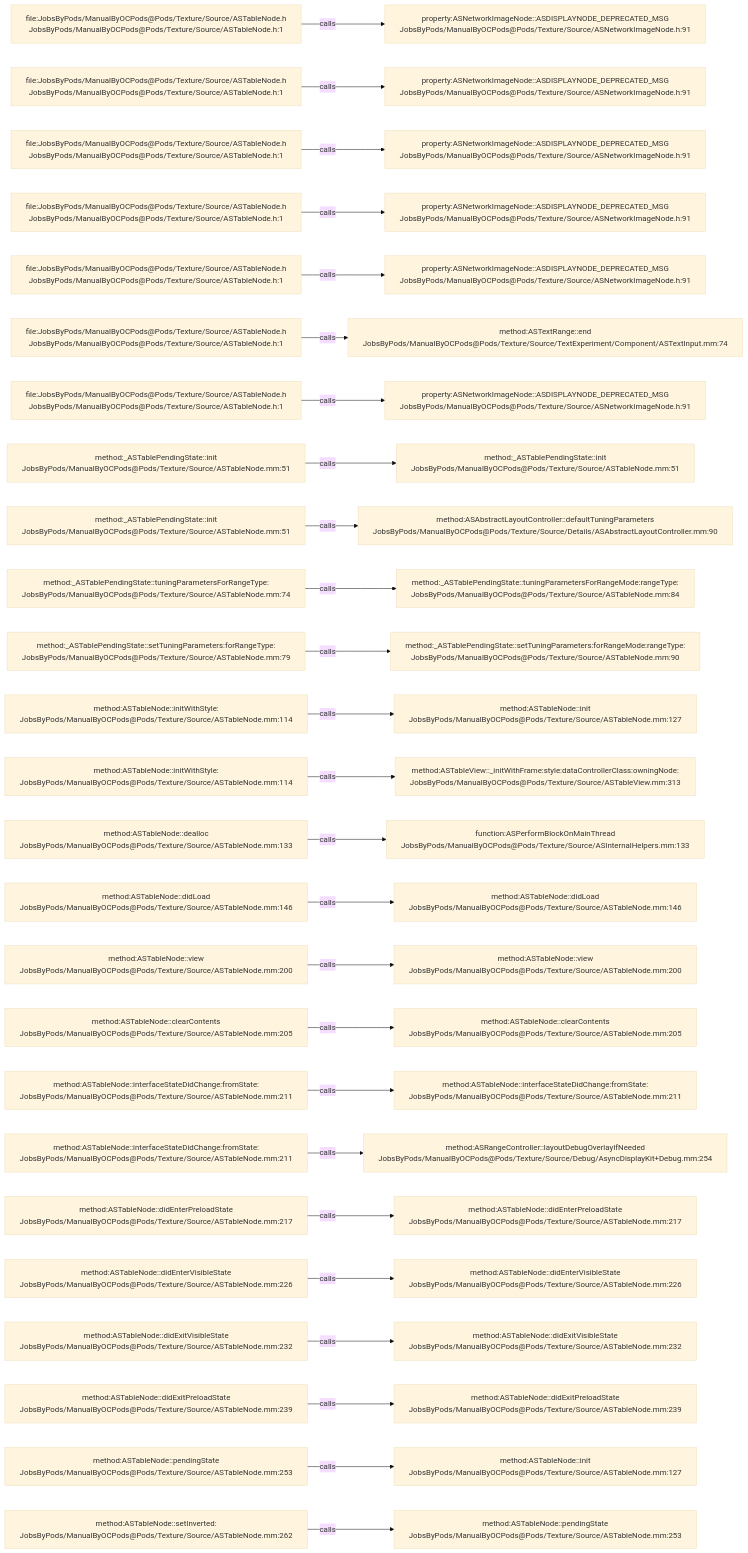
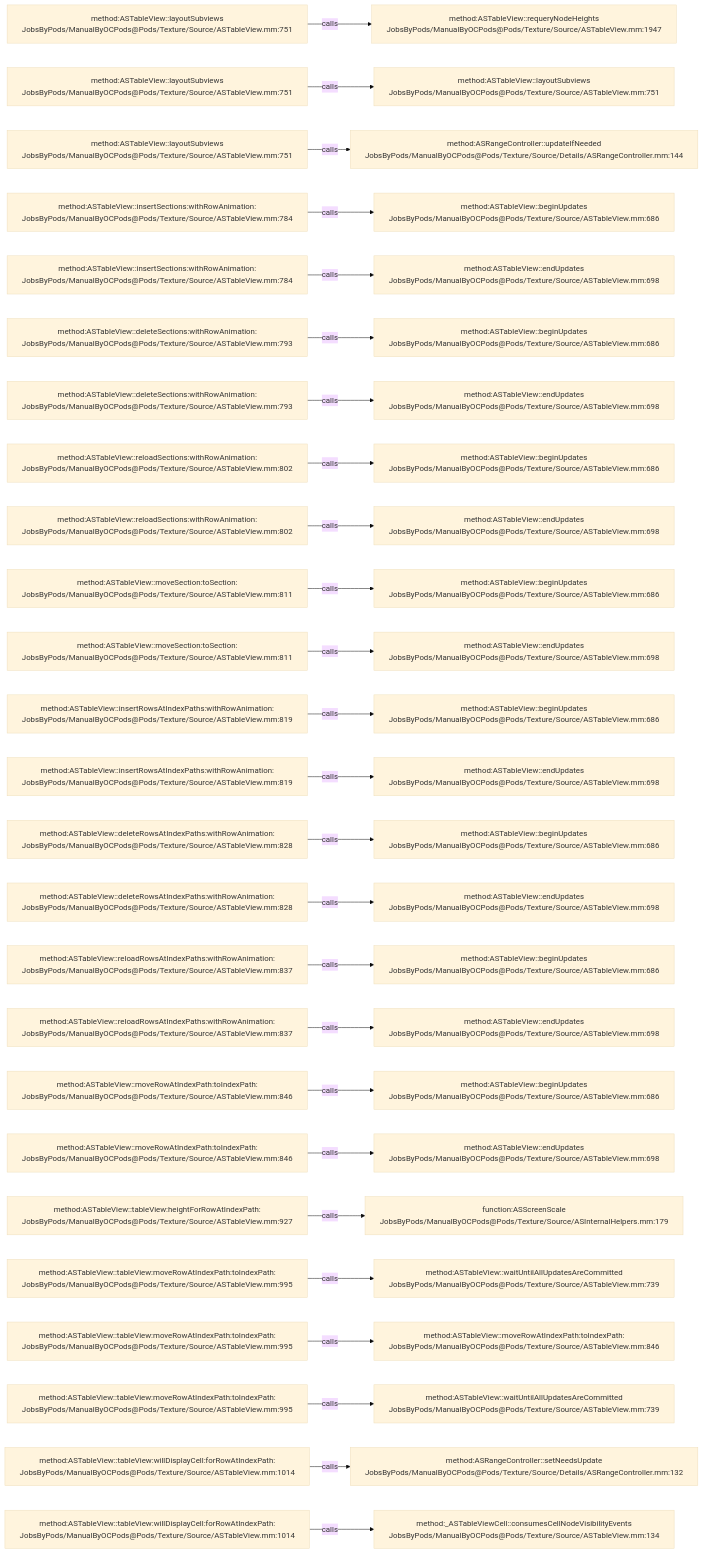
The diagram in .codegraph/codegraph.md/graphs/calls-130.md (JobsKits/JobsOCBaseConfigDemo), drawn with Mermaid (base theme) before and after one commit. The commit also changed 1223 other files, not shown here.

````diff
--- a/.codegraph/codegraph.md/graphs/calls-130.md
+++ b/.codegraph/codegraph.md/graphs/calls-130.md
@@ -13,78 +13,78 @@
 ```mermaid
 flowchart LR
-  S1["file:JobsByPods/ManualByOCPods@Pods/Texture/Source/ASTableNode.h<br/>JobsByPods/ManualByOCPods@Pods/Texture/Source/ASTableNode.h:1"]
-  T1["property:ASNetworkImageNode::ASDISPLAYNODE_DEPRECATED_MSG<br/>JobsByPods/ManualByOCPods@Pods/Texture/Source/ASNetworkImageNode.h:91"]
+  S1["method:ASTableView::layoutSubviews<br/>JobsByPods/ManualByOCPods@Pods/Texture/Source/ASTableView.mm:751"]
+  T1["method:ASTableView::requeryNodeHeights<br/>JobsByPods/ManualByOCPods@Pods/Texture/Source/ASTableView.mm:1947"]
   S1 -->|calls| T1
-  S2["file:JobsByPods/ManualByOCPods@Pods/Texture/Source/ASTableNode.h<br/>JobsByPods/ManualByOCPods@Pods/Texture/Source/ASTableNode.h:1"]
-  T2["property:ASNetworkImageNode::ASDISPLAYNODE_DEPRECATED_MSG<br/>JobsByPods/ManualByOCPods@Pods/Texture/Source/ASNetworkImageNode.h:91"]
+  S2["method:ASTableView::layoutSubviews<br/>JobsByPods/ManualByOCPods@Pods/Texture/Source/ASTableView.mm:751"]
+  T2["method:ASTableView::layoutSubviews<br/>JobsByPods/ManualByOCPods@Pods/Texture/Source/ASTableView.mm:751"]
   S2 -->|calls| T2
-  S3["file:JobsByPods/ManualByOCPods@Pods/Texture/Source/ASTableNode.h<br/>JobsByPods/ManualByOCPods@Pods/Texture/Source/ASTableNode.h:1"]
-  T3["property:ASNetworkImageNode::ASDISPLAYNODE_DEPRECATED_MSG<br/>JobsByPods/ManualByOCPods@Pods/Texture/Source/ASNetworkImageNode.h:91"]
+  S3["method:ASTableView::layoutSubviews<br/>JobsByPods/ManualByOCPods@Pods/Texture/Source/ASTableView.mm:751"]
+  T3["method:ASRangeController::updateIfNeeded<br/>JobsByPods/ManualByOCPods@Pods/Texture/Source/Details/ASRangeController.mm:144"]
   S3 -->|calls| T3
-  S4["file:JobsByPods/ManualByOCPods@Pods/Texture/Source/ASTableNode.h<br/>JobsByPods/ManualByOCPods@Pods/Texture/Source/ASTableNode.h:1"]
-  T4["property:ASNetworkImageNode::ASDISPLAYNODE_DEPRECATED_MSG<br/>JobsByPods/ManualByOCPods@Pods/Texture/Source/ASNetworkImageNode.h:91"]
+  S4["method:ASTableView::insertSections:withRowAnimation:<br/>JobsByPods/ManualByOCPods@Pods/Texture/Source/ASTableView.mm:784"]
+  T4["method:ASTableView::beginUpdates<br/>JobsByPods/ManualByOCPods@Pods/Texture/Source/ASTableView.mm:686"]
   S4 -->|calls| T4
-  S5["file:JobsByPods/ManualByOCPods@Pods/Texture/Source/ASTableNode.h<br/>JobsByPods/ManualByOCPods@Pods/Texture/Source/ASTableNode.h:1"]
-  T5["property:ASNetworkImageNode::ASDISPLAYNODE_DEPRECATED_MSG<br/>JobsByPods/ManualByOCPods@Pods/Texture/Source/ASNetworkImageNode.h:91"]
+  S5["method:ASTableView::insertSections:withRowAnimation:<br/>JobsByPods/ManualByOCPods@Pods/Texture/Source/ASTableView.mm:784"]
+  T5["method:ASTableView::endUpdates<br/>JobsByPods/ManualByOCPods@Pods/Texture/Source/ASTableView.mm:698"]
   S5 -->|calls| T5
-  S6["file:JobsByPods/ManualByOCPods@Pods/Texture/Source/ASTableNode.h<br/>JobsByPods/ManualByOCPods@Pods/Texture/Source/ASTableNode.h:1"]
-  T6["method:ASTextRange::end<br/>JobsByPods/ManualByOCPods@Pods/Texture/Source/TextExperiment/Component/ASTextInput.mm:74"]
+  S6["method:ASTableView::deleteSections:withRowAnimation:<br/>JobsByPods/ManualByOCPods@Pods/Texture/Source/ASTableView.mm:793"]
+  T6["method:ASTableView::beginUpdates<br/>JobsByPods/ManualByOCPods@Pods/Texture/Source/ASTableView.mm:686"]
   S6 -->|calls| T6
-  S7["file:JobsByPods/ManualByOCPods@Pods/Texture/Source/ASTableNode.h<br/>JobsByPods/ManualByOCPods@Pods/Texture/Source/ASTableNode.h:1"]
-  T7["property:ASNetworkImageNode::ASDISPLAYNODE_DEPRECATED_MSG<br/>JobsByPods/ManualByOCPods@Pods/Texture/Source/ASNetworkImageNode.h:91"]
+  S7["method:ASTableView::deleteSections:withRowAnimation:<br/>JobsByPods/ManualByOCPods@Pods/Texture/Source/ASTableView.mm:793"]
+  T7["method:ASTableView::endUpdates<br/>JobsByPods/ManualByOCPods@Pods/Texture/Source/ASTableView.mm:698"]
   S7 -->|calls| T7
-  S8["method:_ASTablePendingState::init<br/>JobsByPods/ManualByOCPods@Pods/Texture/Source/ASTableNode.mm:51"]
-  T8["method:_ASTablePendingState::init<br/>JobsByPods/ManualByOCPods@Pods/Texture/Source/ASTableNode.mm:51"]
+  S8["method:ASTableView::reloadSections:withRowAnimation:<br/>JobsByPods/ManualByOCPods@Pods/Texture/Source/ASTableView.mm:802"]
+  T8["method:ASTableView::beginUpdates<br/>JobsByPods/ManualByOCPods@Pods/Texture/Source/ASTableView.mm:686"]
   S8 -->|calls| T8
-  S9["method:_ASTablePendingState::init<br/>JobsByPods/ManualByOCPods@Pods/Texture/Source/ASTableNode.mm:51"]
-  T9["method:ASAbstractLayoutController::defaultTuningParameters<br/>JobsByPods/ManualByOCPods@Pods/Texture/Source/Details/ASAbstractLayoutController.mm:90"]
+  S9["method:ASTableView::reloadSections:withRowAnimation:<br/>JobsByPods/ManualByOCPods@Pods/Texture/Source/ASTableView.mm:802"]
+  T9["method:ASTableView::endUpdates<br/>JobsByPods/ManualByOCPods@Pods/Texture/Source/ASTableView.mm:698"]
   S9 -->|calls| T9
-  S10["method:_ASTablePendingState::tuningParametersForRangeType:<br/>JobsByPods/ManualByOCPods@Pods/Texture/Source/ASTableNode.mm:74"]
-  T10["method:_ASTablePendingState::tuningParametersForRangeMode:rangeType:<br/>JobsByPods/ManualByOCPods@Pods/Texture/Source/ASTableNode.mm:84"]
+  S10["method:ASTableView::moveSection:toSection:<br/>JobsByPods/ManualByOCPods@Pods/Texture/Source/ASTableView.mm:811"]
+  T10["method:ASTableView::beginUpdates<br/>JobsByPods/ManualByOCPods@Pods/Texture/Source/ASTableView.mm:686"]
   S10 -->|calls| T10
-  S11["method:_ASTablePendingState::setTuningParameters:forRangeType:<br/>JobsByPods/ManualByOCPods@Pods/Texture/Source/ASTableNode.mm:79"]
-  T11["method:_ASTablePendingState::setTuningParameters:forRangeMode:rangeType:<br/>JobsByPods/ManualByOCPods@Pods/Texture/Source/ASTableNode.mm:90"]
+  S11["method:ASTableView::moveSection:toSection:<br/>JobsByPods/ManualByOCPods@Pods/Texture/Source/ASTableView.mm:811"]
+  T11["method:ASTableView::endUpdates<br/>JobsByPods/ManualByOCPods@Pods/Texture/Source/ASTableView.mm:698"]
   S11 -->|calls| T11
-  S12["method:ASTableNode::initWithStyle:<br/>JobsByPods/ManualByOCPods@Pods/Texture/Source/ASTableNode.mm:114"]
-  T12["method:ASTableNode::init<br/>JobsByPods/ManualByOCPods@Pods/Texture/Source/ASTableNode.mm:127"]
+  S12["method:ASTableView::insertRowsAtIndexPaths:withRowAnimation:<br/>JobsByPods/ManualByOCPods@Pods/Texture/Source/ASTableView.mm:819"]
+  T12["method:ASTableView::beginUpdates<br/>JobsByPods/ManualByOCPods@Pods/Texture/Source/ASTableView.mm:686"]
   S12 -->|calls| T12
-  S13["method:ASTableNode::initWithStyle:<br/>JobsByPods/ManualByOCPods@Pods/Texture/Source/ASTableNode.mm:114"]
-  T13["method:ASTableView::_initWithFrame:style:dataControllerClass:owningNode:<br/>JobsByPods/ManualByOCPods@Pods/Texture/Source/ASTableView.mm:313"]
+  S13["method:ASTableView::insertRowsAtIndexPaths:withRowAnimation:<br/>JobsByPods/ManualByOCPods@Pods/Texture/Source/ASTableView.mm:819"]
+  T13["method:ASTableView::endUpdates<br/>JobsByPods/ManualByOCPods@Pods/Texture/Source/ASTableView.mm:698"]
   S13 -->|calls| T13
-  S14["method:ASTableNode::dealloc<br/>JobsByPods/ManualByOCPods@Pods/Texture/Source/ASTableNode.mm:133"]
-  T14["function:ASPerformBlockOnMainThread<br/>JobsByPods/ManualByOCPods@Pods/Texture/Source/ASInternalHelpers.mm:133"]
+  S14["method:ASTableView::deleteRowsAtIndexPaths:withRowAnimation:<br/>JobsByPods/ManualByOCPods@Pods/Texture/Source/ASTableView.mm:828"]
+  T14["method:ASTableView::beginUpdates<br/>JobsByPods/ManualByOCPods@Pods/Texture/Source/ASTableView.mm:686"]
   S14 -->|calls| T14
-  S15["method:ASTableNode::didLoad<br/>JobsByPods/ManualByOCPods@Pods/Texture/Source/ASTableNode.mm:146"]
-  T15["method:ASTableNode::didLoad<br/>JobsByPods/ManualByOCPods@Pods/Texture/Source/ASTableNode.mm:146"]
+  S15["method:ASTableView::deleteRowsAtIndexPaths:withRowAnimation:<br/>JobsByPods/ManualByOCPods@Pods/Texture/Source/ASTableView.mm:828"]
+  T15["method:ASTableView::endUpdates<br/>JobsByPods/ManualByOCPods@Pods/Texture/Source/ASTableView.mm:698"]
   S15 -->|calls| T15
-  S16["method:ASTableNode::view<br/>JobsByPods/ManualByOCPods@Pods/Texture/Source/ASTableNode.mm:200"]
-  T16["method:ASTableNode::view<br/>JobsByPods/ManualByOCPods@Pods/Texture/Source/ASTableNode.mm:200"]
+  S16["method:ASTableView::reloadRowsAtIndexPaths:withRowAnimation:<br/>JobsByPods/ManualByOCPods@Pods/Texture/Source/ASTableView.mm:837"]
+  T16["method:ASTableView::beginUpdates<br/>JobsByPods/ManualByOCPods@Pods/Texture/Source/ASTableView.mm:686"]
   S16 -->|calls| T16
-  S17["method:ASTableNode::clearContents<br/>JobsByPods/ManualByOCPods@Pods/Texture/Source/ASTableNode.mm:205"]
-  T17["method:ASTableNode::clearContents<br/>JobsByPods/ManualByOCPods@Pods/Texture/Source/ASTableNode.mm:205"]
+  S17["method:ASTableView::reloadRowsAtIndexPaths:withRowAnimation:<br/>JobsByPods/ManualByOCPods@Pods/Texture/Source/ASTableView.mm:837"]
+  T17["method:ASTableView::endUpdates<br/>JobsByPods/ManualByOCPods@Pods/Texture/Source/ASTableView.mm:698"]
   S17 -->|calls| T17
-  S18["method:ASTableNode::interfaceStateDidChange:fromState:<br/>JobsByPods/ManualByOCPods@Pods/Texture/Source/ASTableNode.mm:211"]
-  T18["method:ASTableNode::interfaceStateDidChange:fromState:<br/>JobsByPods/ManualByOCPods@Pods/Texture/Source/ASTableNode.mm:211"]
+  S18["method:ASTableView::moveRowAtIndexPath:toIndexPath:<br/>JobsByPods/ManualByOCPods@Pods/Texture/Source/ASTableView.mm:846"]
+  T18["method:ASTableView::beginUpdates<br/>JobsByPods/ManualByOCPods@Pods/Texture/Source/ASTableView.mm:686"]
   S18 -->|calls| T18
-  S19["method:ASTableNode::interfaceStateDidChange:fromState:<br/>JobsByPods/ManualByOCPods@Pods/Texture/Source/ASTableNode.mm:211"]
-  T19["method:ASRangeController::layoutDebugOverlayIfNeeded<br/>JobsByPods/ManualByOCPods@Pods/Texture/Source/Debug/AsyncDisplayKit+Debug.mm:254"]
+  S19["method:ASTableView::moveRowAtIndexPath:toIndexPath:<br/>JobsByPods/ManualByOCPods@Pods/Texture/Source/ASTableView.mm:846"]
+  T19["method:ASTableView::endUpdates<br/>JobsByPods/ManualByOCPods@Pods/Texture/Source/ASTableView.mm:698"]
   S19 -->|calls| T19
-  S20["method:ASTableNode::didEnterPreloadState<br/>JobsByPods/ManualByOCPods@Pods/Texture/Source/ASTableNode.mm:217"]
-  T20["method:ASTableNode::didEnterPreloadState<br/>JobsByPods/ManualByOCPods@Pods/Texture/Source/ASTableNode.mm:217"]
+  S20["method:ASTableView::tableView:heightForRowAtIndexPath:<br/>JobsByPods/ManualByOCPods@Pods/Texture/Source/ASTableView.mm:927"]
+  T20["function:ASScreenScale<br/>JobsByPods/ManualByOCPods@Pods/Texture/Source/ASInternalHelpers.mm:179"]
   S20 -->|calls| T20
-  S21["method:ASTableNode::didEnterVisibleState<br/>JobsByPods/ManualByOCPods@Pods/Texture/Source/ASTableNode.mm:226"]
-  T21["method:ASTableNode::didEnterVisibleState<br/>JobsByPods/ManualByOCPods@Pods/Texture/Source/ASTableNode.mm:226"]
+  S21["method:ASTableView::tableView:moveRowAtIndexPath:toIndexPath:<br/>JobsByPods/ManualByOCPods@Pods/Texture/Source/ASTableView.mm:995"]
+  T21["method:ASTableView::waitUntilAllUpdatesAreCommitted<br/>JobsByPods/ManualByOCPods@Pods/Texture/Source/ASTableView.mm:739"]
   S21 -->|calls| T21
-  S22["method:ASTableNode::didExitVisibleState<br/>JobsByPods/ManualByOCPods@Pods/Texture/Source/ASTableNode.mm:232"]
-  T22["method:ASTableNode::didExitVisibleState<br/>JobsByPods/ManualByOCPods@Pods/Texture/Source/ASTableNode.mm:232"]
+  S22["method:ASTableView::tableView:moveRowAtIndexPath:toIndexPath:<br/>JobsByPods/ManualByOCPods@Pods/Texture/Source/ASTableView.mm:995"]
+  T22["method:ASTableView::moveRowAtIndexPath:toIndexPath:<br/>JobsByPods/ManualByOCPods@Pods/Texture/Source/ASTableView.mm:846"]
   S22 -->|calls| T22
-  S23["method:ASTableNode::didExitPreloadState<br/>JobsByPods/ManualByOCPods@Pods/Texture/Source/ASTableNode.mm:239"]
-  T23["method:ASTableNode::didExitPreloadState<br/>JobsByPods/ManualByOCPods@Pods/Texture/Source/ASTableNode.mm:239"]
+  S23["method:ASTableView::tableView:moveRowAtIndexPath:toIndexPath:<br/>JobsByPods/ManualByOCPods@Pods/Texture/Source/ASTableView.mm:995"]
+  T23["method:ASTableView::waitUntilAllUpdatesAreCommitted<br/>JobsByPods/ManualByOCPods@Pods/Texture/Source/ASTableView.mm:739"]
   S23 -->|calls| T23
-  S24["method:ASTableNode::pendingState<br/>JobsByPods/ManualByOCPods@Pods/Texture/Source/ASTableNode.mm:253"]
-  T24["method:ASTableNode::init<br/>JobsByPods/ManualByOCPods@Pods/Texture/Source/ASTableNode.mm:127"]
+  S24["method:ASTableView::tableView:willDisplayCell:forRowAtIndexPath:<br/>JobsByPods/ManualByOCPods@Pods/Texture/Source/ASTableView.mm:1014"]
+  T24["method:ASRangeController::setNeedsUpdate<br/>JobsByPods/ManualByOCPods@Pods/Texture/Source/Details/ASRangeController.mm:132"]
   S24 -->|calls| T24
-  S25["method:ASTableNode::setInverted:<br/>JobsByPods/ManualByOCPods@Pods/Texture/Source/ASTableNode.mm:262"]
-  T25["method:ASTableNode::pendingState<br/>JobsByPods/ManualByOCPods@Pods/Texture/Source/ASTableNode.mm:253"]
+  S25["method:ASTableView::tableView:willDisplayCell:forRowAtIndexPath:<br/>JobsByPods/ManualByOCPods@Pods/Texture/Source/ASTableView.mm:1014"]
+  T25["method:_ASTableViewCell::consumesCellNodeVisibilityEvents<br/>JobsByPods/ManualByOCPods@Pods/Texture/Source/ASTableView.mm:134"]
   S25 -->|calls| T25
 ```
````
